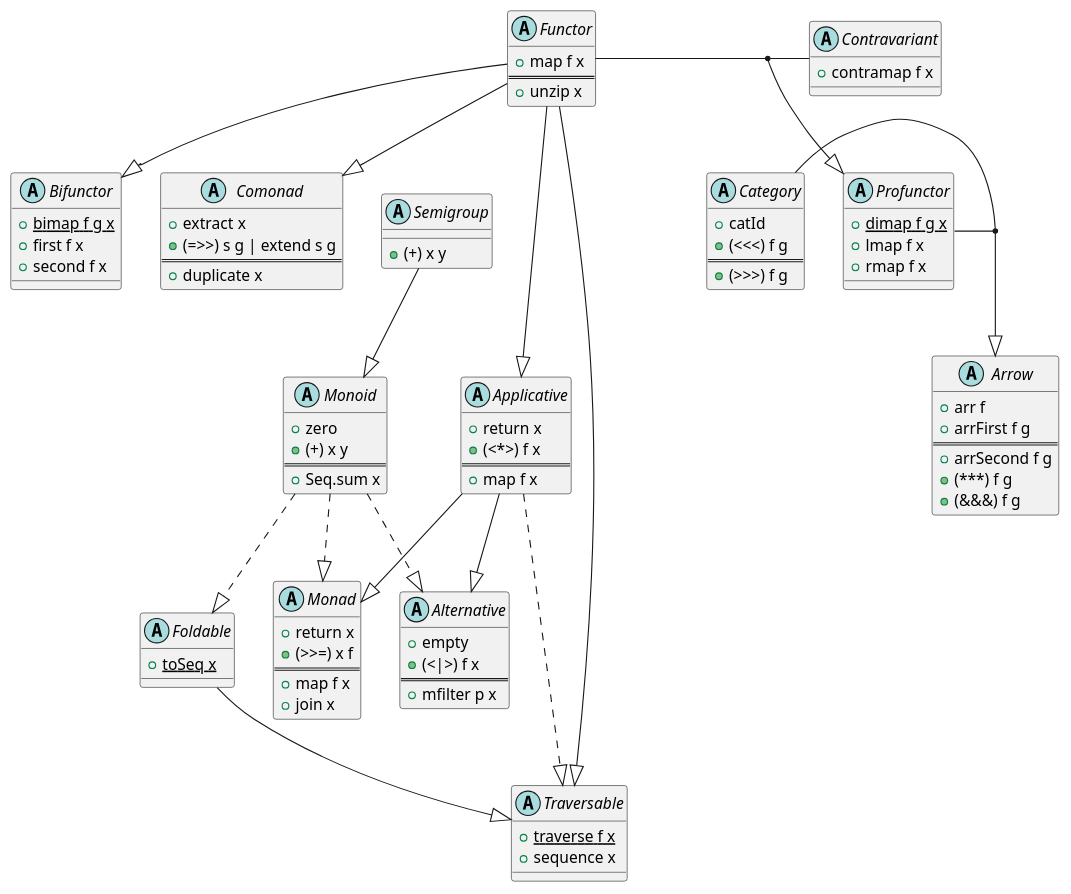
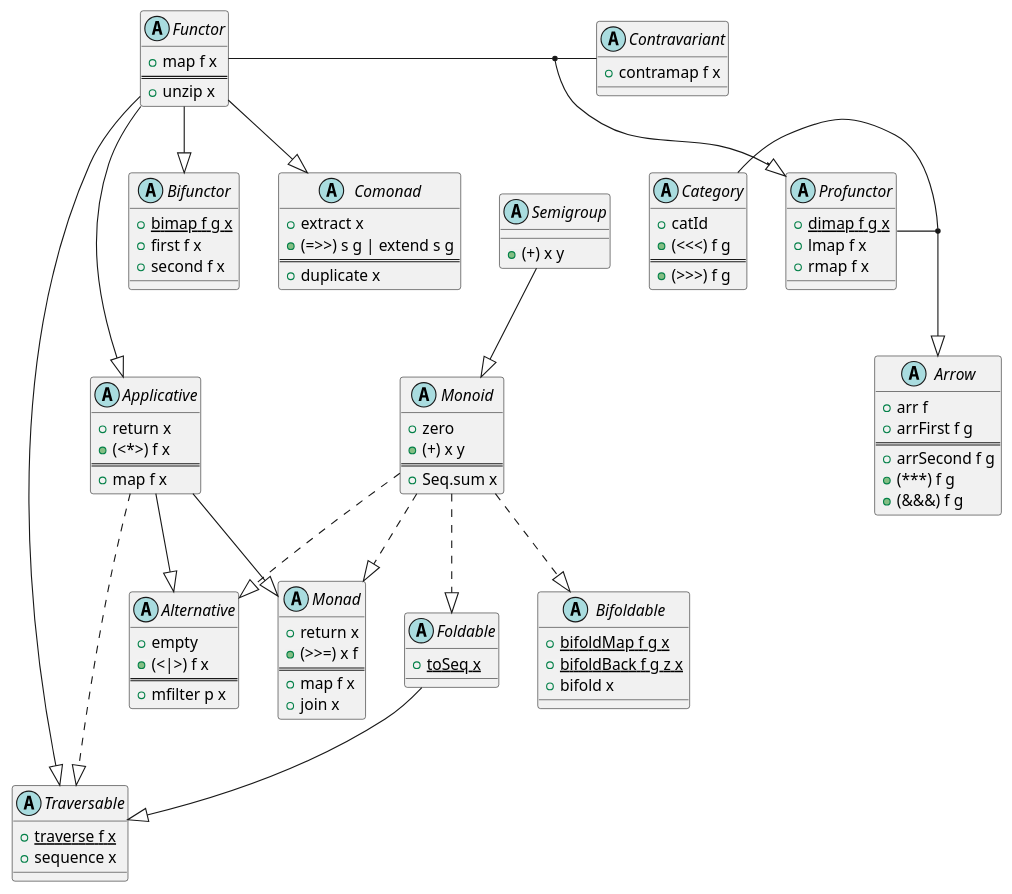
One commit to fsprojects/FSharpPlus changed the diagram in docsrc/tools/templates/abstractions.plantuml. Above: the diagram before and after it, drawn with PlantUML.

Commit message:
put the Bifoldable type class in the uml diagram (still need to add a doc page)

```diff
--- a/docsrc/tools/templates/abstractions.plantuml
+++ b/docsrc/tools/templates/abstractions.plantuml
@@ -1,119 +1,125 @@
 @startuml
 skinparam svgDimensionStyle false
 
 together {
 	abstract class Semigroup [[http://fsprojects.github.io/FSharpPlus/abstraction-semigroup.html]] {
 	  + (+) x y [[[http://fsprojects.github.io/FSharpPlus/abstraction-semigroup.html#plus {Appends two semigroups} ]]]
 	}
 
 	abstract class Comonad [[http://fsprojects.github.io/FSharpPlus/abstraction-comonad.html]] {
 	  + extract x [[[http://fsprojects.github.io/FSharpPlus/abstraction-comonad.html#extract]]]
 	  + (=>>) s g | extend s g [[[http://fsprojects.github.io/FSharpPlus/abstraction-comonad.html#extend]]]
 	  ==
 	  + duplicate x
 	}
 }
 
 abstract class Monoid [[http://fsprojects.github.io/FSharpPlus/abstraction-monoid.html]] {
   + zero [[[http://fsprojects.github.io/FSharpPlus/abstraction-monoid.html#zero {Identity for (+)} ]]]
   + (+) x y [[[http://fsprojects.github.io/FSharpPlus/abstraction-monoid.html#plus {Appends both monoids} ]]]
   ==
   + Seq.sum x [[[http://fsprojects.github.io/FSharpPlus/abstraction-monoid.html#sum {Flatten a sequence of monoids} ]]]
 }
 
 
 abstract class Functor [[http://fsprojects.github.io/FSharpPlus/abstraction-functor.html]] {
   + map f x [[[http://fsprojects.github.io/FSharpPlus/abstraction-functor.html#map {Lift a function into a Functor} ]]]
   ==
   + unzip x
 }
 
 abstract class Contravariant [[http://fsprojects.github.io/FSharpPlus/abstraction-contravariant.html]] {
   + contramap f x [[[http://fsprojects.github.io/FSharpPlus/abstraction-contravariant.html#contramap]]]
 }
 
 
 abstract class Applicative [[http://fsprojects.github.io/FSharpPlus/abstraction-applicative.html]] {
   + return x [[[http://fsprojects.github.io/FSharpPlus/abstraction-monad.html#return {Lift a value into a Functor} ]]]
   + (<*>) f x [[[http://fsprojects.github.io/FSharpPlus/abstraction-applicative.html {Apply a lifted argument to a lifted function} ]]]
   ==
   + map f x [[[http://fsprojects.github.io/FSharpPlus/abstraction-functor.html#map {Lift a function into a Functor} ]]]
 }
 
 abstract class Alternative [[http://fsprojects.github.io/FSharpPlus/abstraction-alternative.html]] {
   + empty [[[http://fsprojects.github.io/FSharpPlus/abstraction-alternative.html]]]
   + (<|>) f x [[[http://fsprojects.github.io/FSharpPlus/abstraction-alternative.html]]]
   ==
   + mfilter p x [[[http://fsprojects.github.io/FSharpPlus/abstraction-alternative.html#mfilter {Returns all values satisfying the predicate, if the predicate returns false will use the empty value} ]]]
 }
 
 abstract class Monad [[http://fsprojects.github.io/FSharpPlus/abstraction-monad.html]] {
   + return x [[[http://fsprojects.github.io/FSharpPlus/abstraction-monad.html#return {Lift a value into a Functor} ]]]
   + (>>=) x f [[[http://fsprojects.github.io/FSharpPlus/abstraction-monad.html#bind {Takes a monadic value and a function from a plain type to a monadic value, and returns a new monadic value} ]]]
   ==
   + map f x [[[http://fsprojects.github.io/FSharpPlus/abstraction-functor.html#map {Lift a function into a Functor} ]]]
   + join x [[[http://fsprojects.github.io/FSharpPlus/abstraction-functor.html#join {Flattens two layers of monadic information into one} ]]]
 }
 
 
 abstract class Bifunctor [[http://fsprojects.github.io/FSharpPlus/abstraction-bifunctor.html]] {
   + {static} bimap f g x [[[http://fsprojects.github.io/FSharpPlus/abstraction-bifunctor.html#bimap]]]
   + first f x [[[http://fsprojects.github.io/FSharpPlus/abstraction-bifunctor.html#first]]]
   + second f x [[[http://fsprojects.github.io/FSharpPlus/abstraction-bifunctor.html#second]]]
 }
 
 
 
 abstract class Foldable [[http://fsprojects.github.io/FSharpPlus/abstraction-foldable.html]] {
   {static} + toSeq x [[[http://fsprojects.github.io/FSharpPlus/abstraction-foldable.html#toSeq {Converts to a seq} ]]]
 }
 
+abstract class Bifoldable [[http://fsprojects.github.io/FSharpPlus/abstraction-bifoldable.html]] {
+  {static} + bifoldMap f g x [[[http://fsprojects.github.io/FSharpPlus/abstraction-bifoldable.html#bifoldMap]]]
+  {static} + bifoldBack f g z x [[[http://fsprojects.github.io/FSharpPlus/abstraction-bifoldable.html#bifoldBack]]]
+  + bifold x [[[http://fsprojects.github.io/FSharpPlus/abstraction-bifoldable.html#bifold]]]
+}
 
 abstract class Traversable [[http://fsprojects.github.io/FSharpPlus/abstraction-traversable.html]] {
   {static} + traverse f x [[[http://fsprojects.github.io/FSharpPlus/abstraction-traversable.html#traverse {Map each element of a structure to an action, evaluate them left to right and collect result }]]]
   + sequence x [[[http://fsprojects.github.io/FSharpPlus/abstraction-traversable.html#sequence {Evaluate each action in the structure left to right and collect the result } ]]]
 }
 
 together {
 	abstract class Profunctor [[http://fsprojects.github.io/FSharpPlus/abstraction-profunctor.html]] {
 	  + {static} dimap f g x [[[http://fsprojects.github.io/FSharpPlus/abstraction-profunctor.html#dimap]]]
 	  + lmap f x [[[http://fsprojects.github.io/FSharpPlus/abstraction-profunctor.html#lmap]]]
 	  + rmap f x [[[http://fsprojects.github.io/FSharpPlus/abstraction-profunctor.html#rmap]]]
 	}
 
 	abstract class Category [[http://fsprojects.github.io/FSharpPlus/abstraction-category.html]] {
 	  + catId [[[http://fsprojects.github.io/FSharpPlus/abstraction-category.html#catId {The identity morphism. }]]]
 	  + (<<<) f g [[[http://fsprojects.github.io/FSharpPlus/abstraction-category.html#catComp {Right-to-left morphism composition. } ]]]
 	  ==
 	  + (>>>) f g [[[http://fsprojects.github.io/FSharpPlus/abstraction-category.html#catComp {Left-to-right morphism composition. } ]]]
 	}
 }
 
 abstract class Arrow [[http://fsprojects.github.io/FSharpPlus/abstraction-arrow.html]] {
   + arr f [[[http://fsprojects.github.io/FSharpPlus/abstraction-arrow.html#arr {Lift a function to an arrow. }]]]
   + arrFirst f g [[[http://fsprojects.github.io/FSharpPlus/abstraction-arrow.html#arrFirst {Send the 1st component of the input through the argument arrow and copy the rest unchanged to the output. } ]]]
   ==
   + arrSecond f g [[[http://fsprojects.github.io/FSharpPlus/abstraction-arrow.html#arrSecond {Send the 2nd component of the input through the argument arrow and copy the rest unchanged to the output. } ]]]
   + (***) f g [[[http://fsprojects.github.io/FSharpPlus/abstraction-arrow.html#arrCombine {Split the input between the two argument arrows and combine their output. } ]]]
   + (&&&) f g [[[http://fsprojects.github.io/FSharpPlus/abstraction-arrow.html#fanout {Send the input to both argument arrows and combine their output. } ]]]
 }
 
 
 
 Semigroup  --|> Monoid 
 Functor  --|> Bifunctor
 Functor  --|> Applicative
 Applicative  --|> Monad
 Applicative  --|> Alternative
 Monoid ..|> Monad
 Monoid ..|> Foldable
+Monoid ..|> Bifoldable
 Functor --|> Comonad
 Functor --|> Traversable
 Foldable --|> Traversable
 Applicative ..|> Traversable
 Monoid ..|> Alternative
 Functor - Contravariant
 (Functor, Contravariant) --|> Profunctor
 Profunctor - Category
 (Profunctor, Category) --|>  Arrow
 @enduml
```
